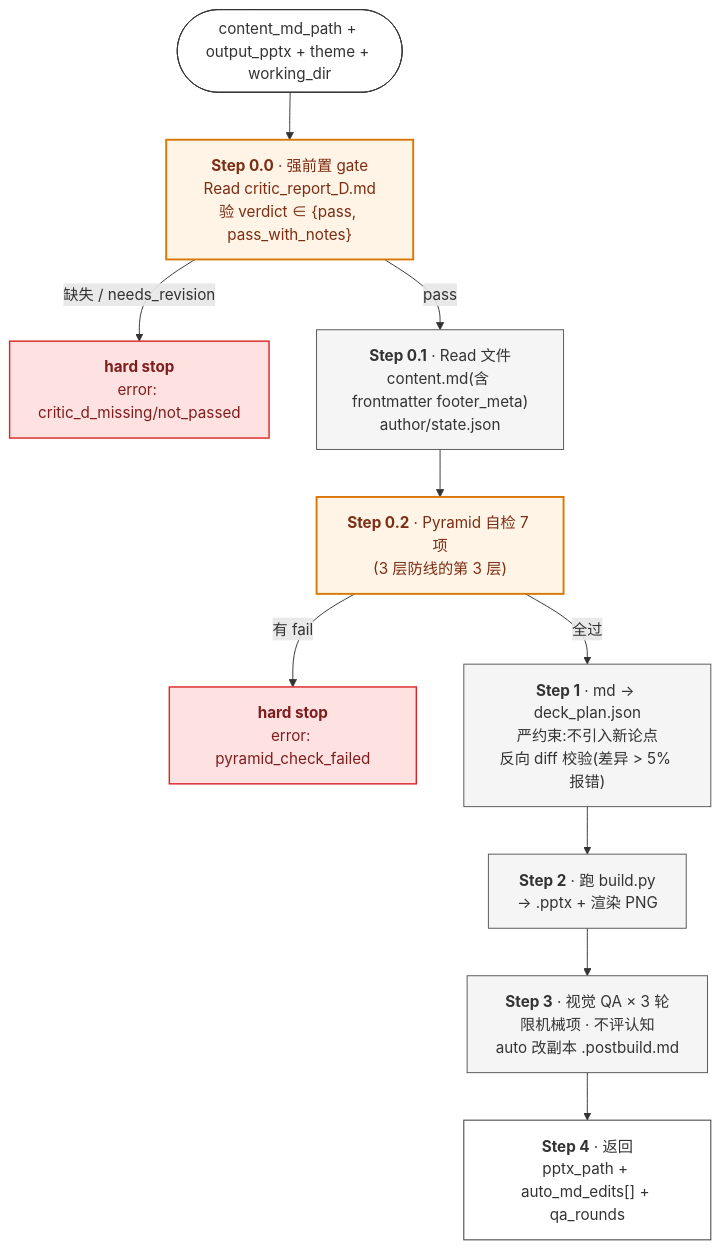
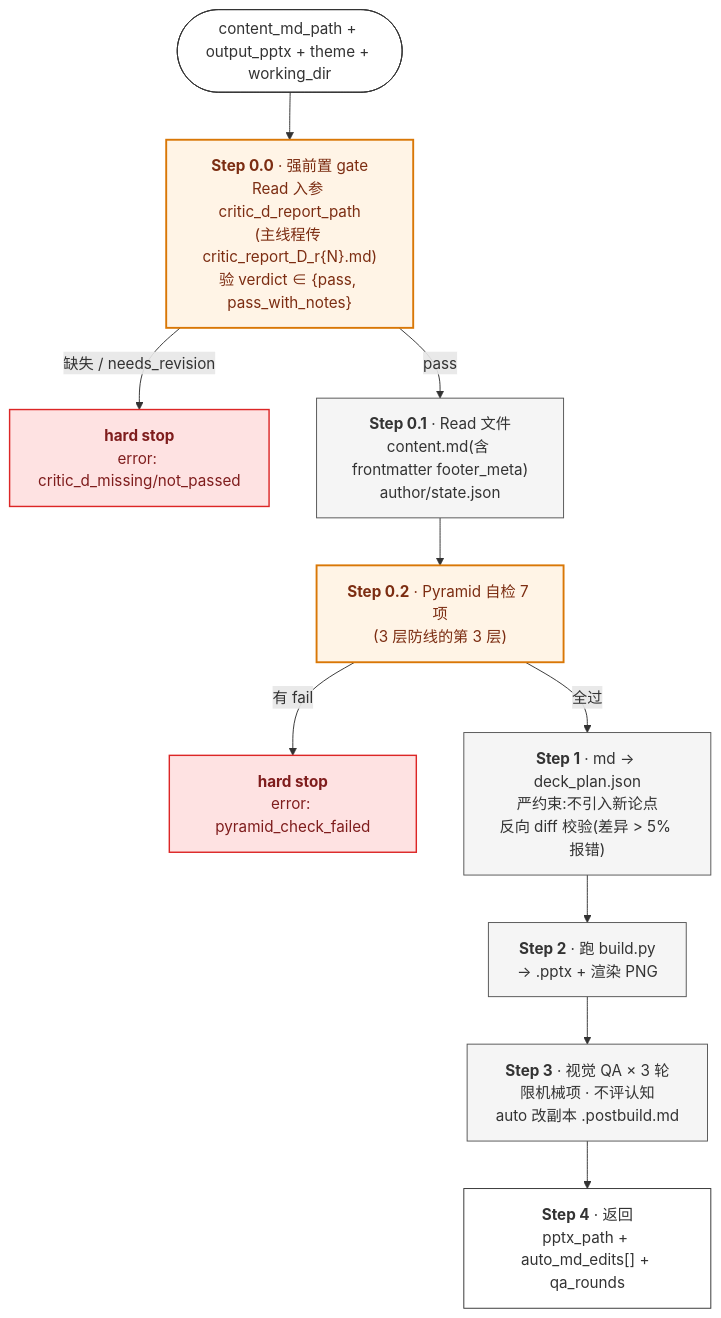
The fifth of 12 diagrams in docs/agent-internals.zh.md (pcliangx/iLovePPT), drawn with Mermaid before and after one commit. The commit also changed other lines of this file and 7 other files, not shown here.

````diff
--- a/docs/agent-internals.zh.md
+++ b/docs/agent-internals.zh.md
@@ -292,25 +292,25 @@
 ```mermaid
 flowchart TB
     I([content_md_path + output_pptx + theme + working_dir]) --> S00
-    S00["<b>Step 0.0</b> · 强前置 gate<br/>Read critic_report_D.md<br/>验 verdict ∈ {pass, pass_with_notes}"]
+    S00["<b>Step 0.0</b> · 强前置 gate<br/>Read 入参 critic_d_report_path<br/>(主线程传 critic_report_D_r{N}.md)<br/>验 verdict ∈ {pass, pass_with_notes}"]
     S00 -->|缺失 / needs_revision| HS0["<b>hard stop</b><br/>error: critic_d_missing/not_passed"]
     S00 -->|pass| S01
     S01["<b>Step 0.1</b> · Read 文件<br/>content.md(含 frontmatter footer_meta)<br/>author/state.json"] --> S02
     S02["<b>Step 0.2</b> · Pyramid 自检 7 项<br/>(3 层防线的第 3 层)"]
     S02 -->|有 fail| HS2["<b>hard stop</b><br/>error: pyramid_check_failed"]
     S02 -->|全过| S1
     S1["<b>Step 1</b> · md → deck_plan.json<br/>严约束:不引入新论点<br/>反向 diff 校验(差异 > 5% 报错)"]
     S1 --> S2["<b>Step 2</b> · 跑 build.py<br/>→ .pptx + 渲染 PNG"]
     S2 --> S3["<b>Step 3</b> · 视觉 QA × 3 轮<br/>限机械项 · 不评认知<br/>auto 改副本 .postbuild.md"]
     S3 --> S4["<b>Step 4</b> · 返回<br/>pptx_path + auto_md_edits[] + qa_rounds"]
 
     classDef io fill:#FFF,stroke:#333
     classDef step fill:#F5F5F5,stroke:#555
     classDef gate fill:#FFF4E6,stroke:#D97706,stroke-width:2px,color:#7C2D12
     classDef fail fill:#FEE2E2,stroke:#DC2626,stroke-width:1.5px,color:#7F1D1D
 
     class I,S4 io
     class S01,S1,S2,S3 step
     class S00,S02 gate
     class HS0,HS2 fail
 ```
````
